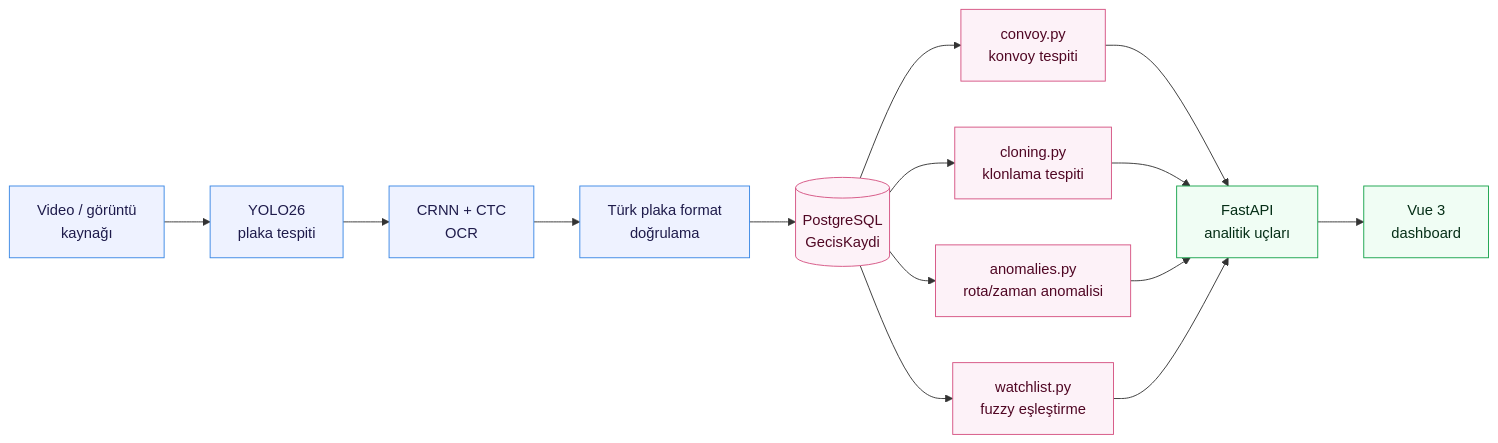
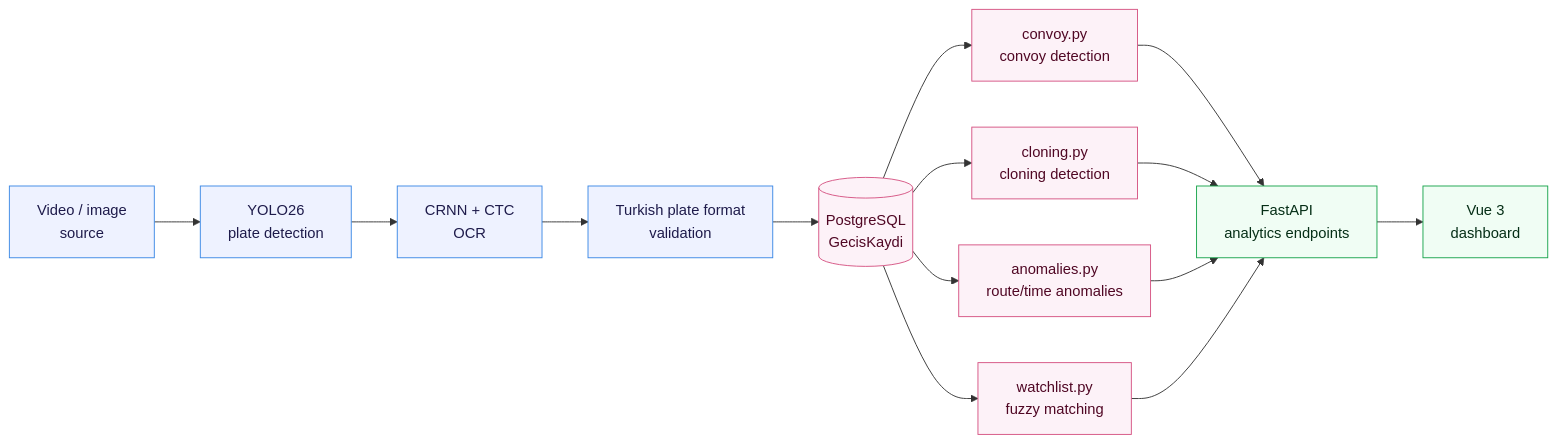
Before and after one commit to UfukCagdasKose/platetrace: the diagram in README.md, drawn with Mermaid. The commit also changed other lines of this file, not shown here.

````diff
--- a/README.md
+++ b/README.md
@@ -10,26 +10,26 @@
 ```mermaid
 flowchart LR
-    SRC["Video / görüntü<br/>kaynağı"] --> DET["YOLO26<br/>plaka tespiti"]
+    SRC["Video / image<br/>source"] --> DET["YOLO26<br/>plate detection"]
     DET --> OCR["CRNN + CTC<br/>OCR"]
-    OCR --> FMT["Türk plaka format<br/>doğrulama"]
+    OCR --> FMT["Turkish plate format<br/>validation"]
     FMT --> DB[("PostgreSQL<br/>GecisKaydi")]
 
-    DB --> CONV["convoy.py<br/>konvoy tespiti"]
-    DB --> CLONE["cloning.py<br/>klonlama tespiti"]
-    DB --> ANOM["anomalies.py<br/>rota/zaman anomalisi"]
-    DB --> WATCH["watchlist.py<br/>fuzzy eşleştirme"]
+    DB --> CONV["convoy.py<br/>convoy detection"]
+    DB --> CLONE["cloning.py<br/>cloning detection"]
+    DB --> ANOM["anomalies.py<br/>route/time anomalies"]
+    DB --> WATCH["watchlist.py<br/>fuzzy matching"]
 
-    CONV --> API["FastAPI<br/>analitik uçları"]
+    CONV --> API["FastAPI<br/>analytics endpoints"]
     CLONE --> API
     ANOM --> API
     WATCH --> API
     API --> DASH["Vue 3<br/>dashboard"]
 
-    classDef algilama fill:#eef2ff,stroke:#3987e5,color:#1e1b4b;
-    classDef analitik fill:#fdf2f8,stroke:#d55181,color:#500724;
-    classDef arayuz fill:#f0fdf4,stroke:#16a34a,color:#052e16;
+    classDef vision fill:#eef2ff,stroke:#3987e5,color:#1e1b4b;
+    classDef analytics fill:#fdf2f8,stroke:#d55181,color:#500724;
+    classDef interface fill:#f0fdf4,stroke:#16a34a,color:#052e16;
 
-    class SRC,DET,OCR,FMT algilama;
-    class DB,CONV,CLONE,ANOM,WATCH analitik;
-    class API,DASH arayuz;
+    class SRC,DET,OCR,FMT vision;
+    class DB,CONV,CLONE,ANOM,WATCH analytics;
+    class API,DASH interface;
 ```
````
